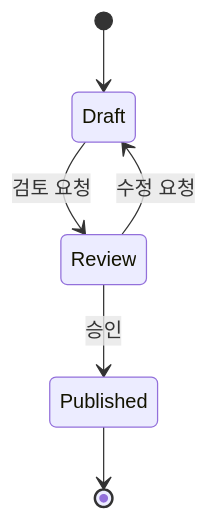
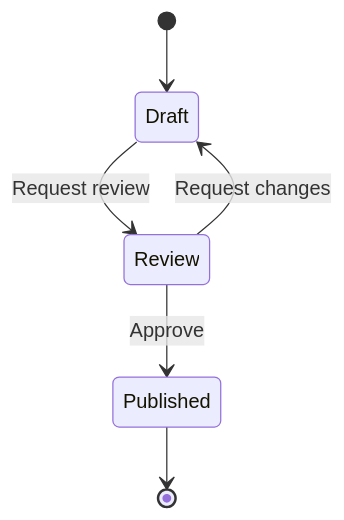
Before and after one commit to minu-ha/for-humanity: the third of 5 diagrams in content/public/diagrams.md, drawn with Mermaid. The commit also changed other lines of this file and 30 other files, not shown here.

````diff
--- a/content/public/diagrams.md
+++ b/content/public/diagrams.md
@@ -80,8 +80,8 @@
 ```mermaid
 stateDiagram-v2
     [*] --> Draft
-    Draft --> Review: 검토 요청
-    Review --> Draft: 수정 요청
-    Review --> Published: 승인
+    Draft --> Review: Request review
+    Review --> Draft: Request changes
+    Review --> Published: Approve
     Published --> [*]
 ```
````
